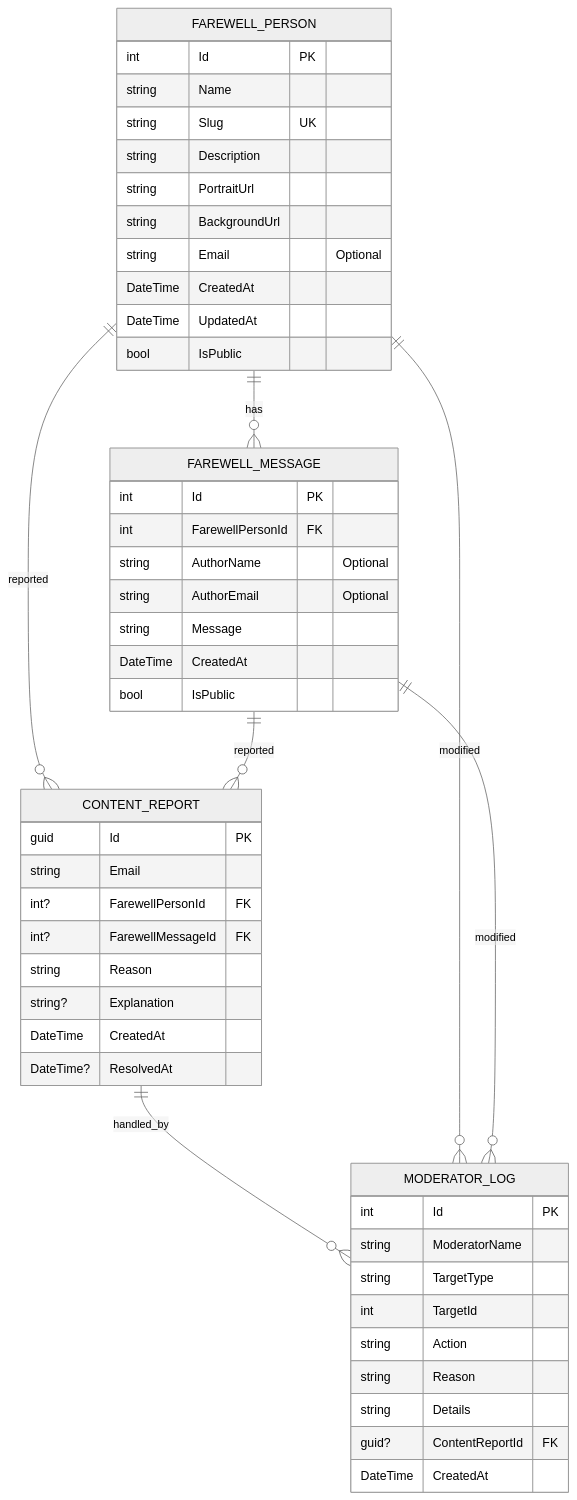
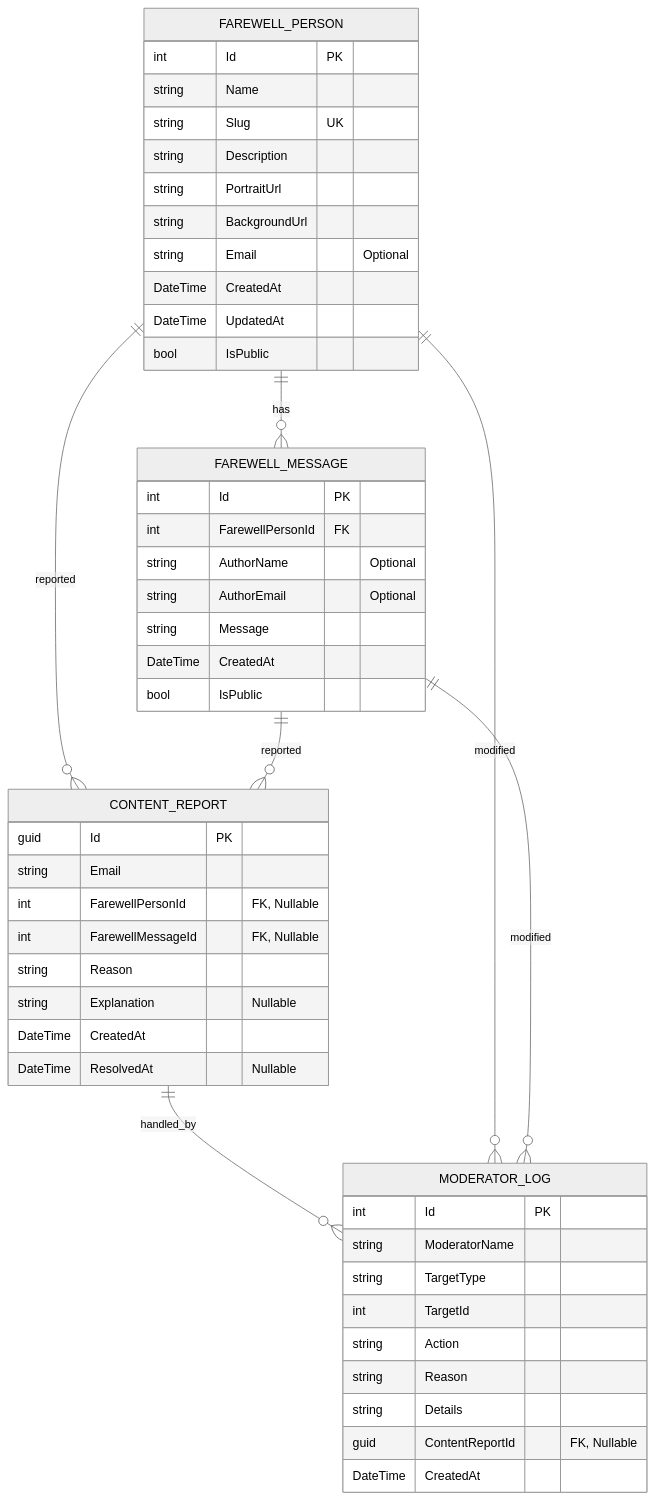
Before and after one commit to AdMFirst/FarewellMyBeloved: the diagram in README.md, drawn with Mermaid (neutral theme).

````diff
--- a/README.md
+++ b/README.md
@@ -44,55 +44,55 @@
 ```mermaid
 erDiagram
     FAREWELL_PERSON {
         int Id PK
         string Name
         string Slug UK
         string Description
         string PortraitUrl
         string BackgroundUrl
         string Email "Optional"
         DateTime CreatedAt
         DateTime UpdatedAt
         bool IsPublic
     }
     
     FAREWELL_MESSAGE {
         int Id PK
         int FarewellPersonId FK
         string AuthorName "Optional"
         string AuthorEmail "Optional"
         string Message
         DateTime CreatedAt
         bool IsPublic
     }
     
     CONTENT_REPORT {
         guid Id PK
         string Email
-        int? FarewellPersonId FK
-        int? FarewellMessageId FK
+        int FarewellPersonId "FK, Nullable"
+        int FarewellMessageId "FK, Nullable"
         string Reason
-        string? Explanation
+        string Explanation "Nullable"
         DateTime CreatedAt
-        DateTime? ResolvedAt
+        DateTime ResolvedAt "Nullable"
     }
     
     MODERATOR_LOG {
         int Id PK
         string ModeratorName
         string TargetType
         int TargetId
         string Action
         string Reason
         string Details
-        guid? ContentReportId FK
+        guid ContentReportId "FK, Nullable"
         DateTime CreatedAt
     }
     
     FAREWELL_PERSON ||--o{ FAREWELL_MESSAGE : "has"
     FAREWELL_PERSON ||--o{ CONTENT_REPORT : "reported"
     FAREWELL_MESSAGE ||--o{ CONTENT_REPORT : "reported"
     CONTENT_REPORT ||--o{ MODERATOR_LOG : "handled_by"
     FAREWELL_PERSON ||--o{ MODERATOR_LOG : "modified"
     FAREWELL_MESSAGE ||--o{ MODERATOR_LOG : "modified"
 ```
````
